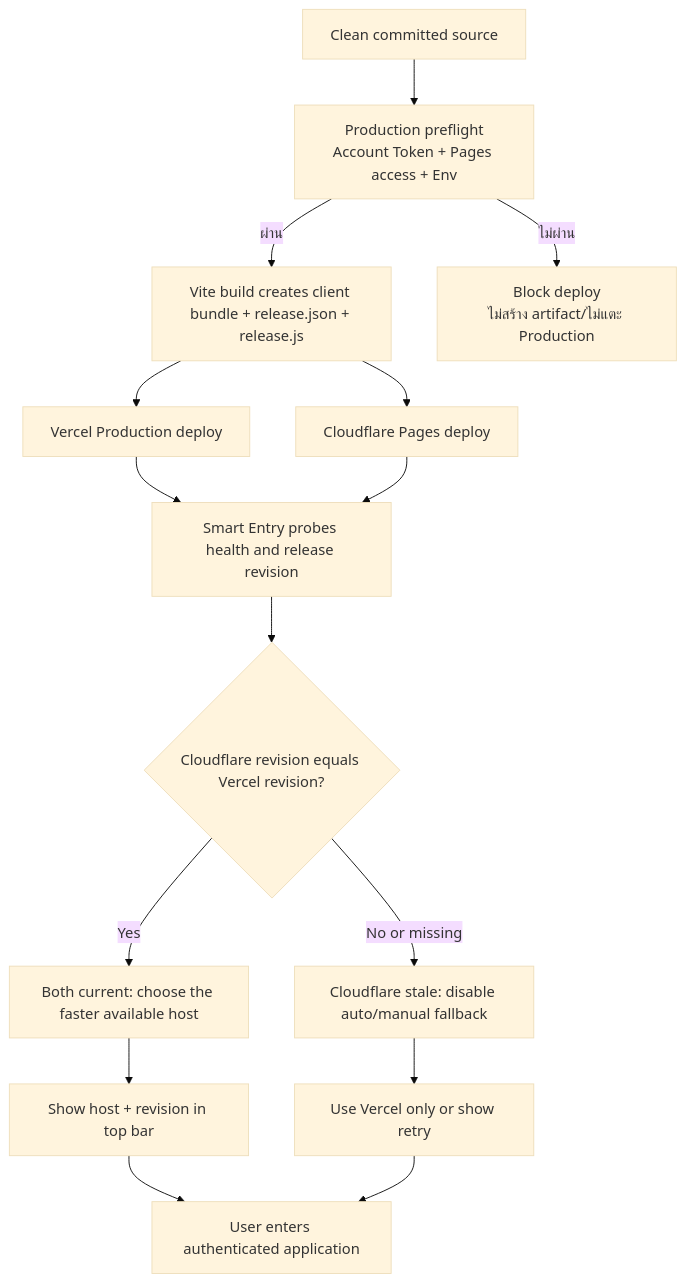
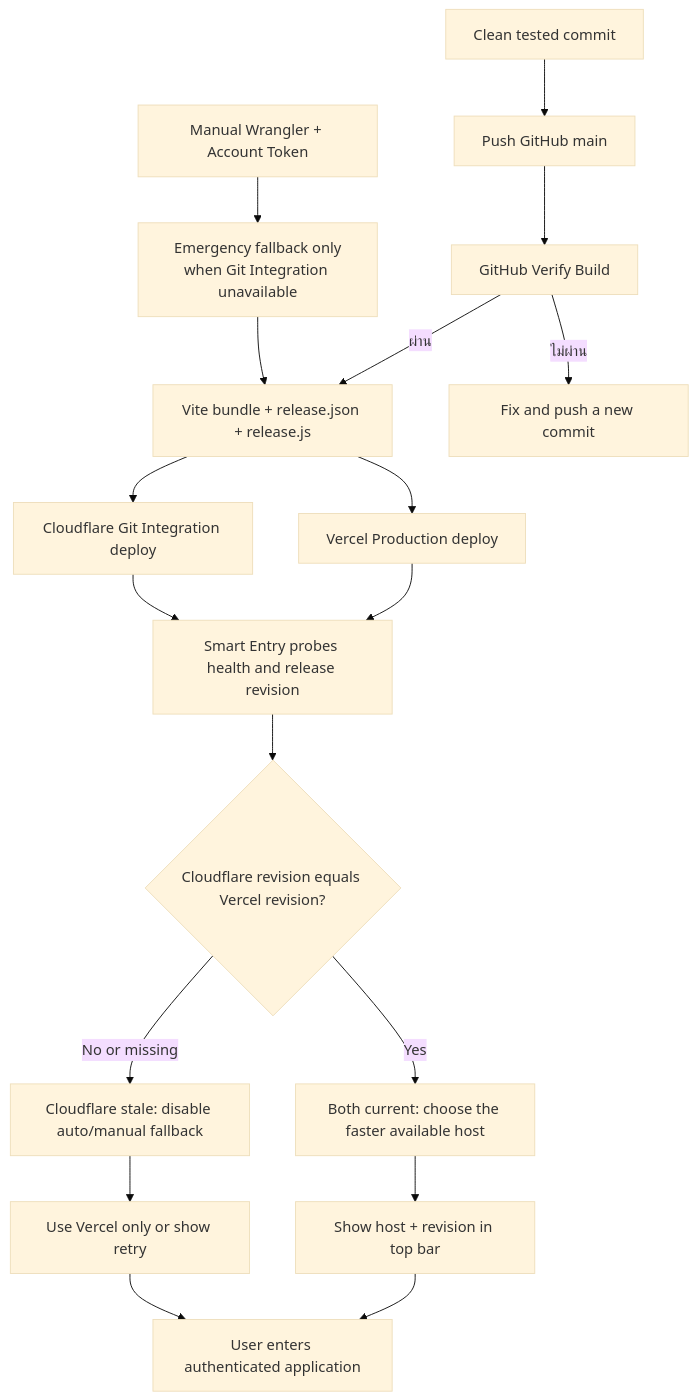
One commit to paramonjong-afk/WisdomAI changed the diagram in docs/RELEASE_PARITY_FLOW.md. Above: the diagram before and after it, drawn with Mermaid (base theme). The commit also changed other lines of this file and 6 other files, not shown here.

````diff
--- a/docs/RELEASE_PARITY_FLOW.md
+++ b/docs/RELEASE_PARITY_FLOW.md
@@ -1,17 +1,20 @@
 ```mermaid
 flowchart TD
-  A[Clean committed source] --> P[Production preflight<br/>Account Token + Pages access + Env]
-  P -->|ผ่าน| B[Vite build creates client bundle + release.json + release.js]
-  P -->|ไม่ผ่าน| X[Block deploy<br/>ไม่สร้าง artifact/ไม่แตะ Production]
+  A[Clean tested commit] --> P[Push GitHub main]
+  P --> V[GitHub Verify Build]
+  V -->|ผ่าน| B[Vite bundle + release.json + release.js]
+  V -->|ไม่ผ่าน| X[Fix and push a new commit]
   B --> C[Vercel Production deploy]
-  B --> D[Cloudflare Pages deploy]
+  B --> D[Cloudflare Git Integration deploy]
+  R[Manual Wrangler + Account Token] --> S[Emergency fallback only<br/>when Git Integration unavailable]
+  S --> B
   C --> E[Smart Entry probes health and release revision]
   D --> E
   E --> F{Cloudflare revision equals Vercel revision?}
   F -->|Yes| G[Both current: choose the faster available host]
   F -->|No or missing| H[Cloudflare stale: disable auto/manual fallback]
   G --> I[Show host + revision in top bar]
   H --> J[Use Vercel only or show retry]
   I --> K[User enters authenticated application]
   J --> K
 ```
````
